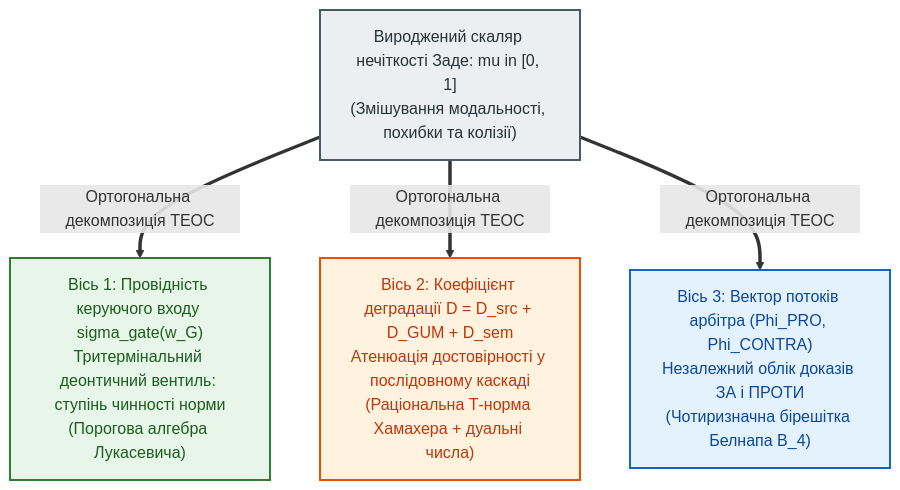
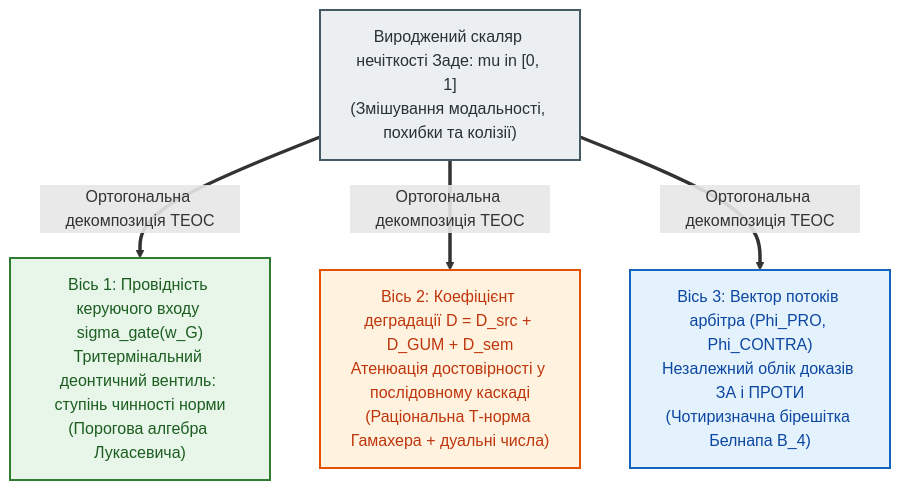
Before and after one commit to nick-fedchik/articles: the diagram in Epistemic_Circuit_Theory/ch04-belnap-bilattice-tnorms-and-dual-metrology.md, drawn with Mermaid. The commit also changed other lines of this file and 9 other files, not shown here.

````diff
--- a/Epistemic_Circuit_Theory/ch04-belnap-bilattice-tnorms-and-dual-metrology.md
+++ b/Epistemic_Circuit_Theory/ch04-belnap-bilattice-tnorms-and-dual-metrology.md
@@ -77,25 +77,25 @@
 ```mermaid
 flowchart TD
     accTitle: Рисунок 4.1. Ортогональне розщеплення скалярної нечіткості Заде на три координати ТЕОС
     accDescr: Одновимірний скаляр нечіткості Заде розкладається на провідність керуючого входу деонтичного вентиля (вісь деонтичної модальності), коефіцієнт деградації тракту (вісь інструментальної та семантичної точності) та двокомпонентний потік диференційного арбітра (вісь параконсистентного балансу за Белнапом).
 
     Fuzzy["Вироджений скаляр нечіткості Заде: mu in [0, 1]\n(Змішування модальності, похибки та колізії)"]
 
     Coord1["Вісь 1: Провідність керуючого входу sigma_gate(w_G)\nТритермінальний деонтичний вентиль: ступінь чинності норми\n(Порогова алгебра Лукасевича)"]
-    Coord2["Вісь 2: Коефіцієнт деградації D = D_src + D_GUM + D_sem\nАтенюація достовірності у послідовному каскаді\n(Раціональна Т-норма Хамахера + дуальні числа)"]
+    Coord2["Вісь 2: Коефіцієнт деградації D = D_src + D_GUM + D_sem\nАтенюація достовірності у послідовному каскаді\n(Раціональна Т-норма Гамахера + дуальні числа)"]
     Coord3["Вісь 3: Вектор потоків арбітра (Phi_PRO, Phi_CONTRA)\nНезалежний облік доказів ЗА і ПРОТИ\n(Чотиризначна бірешітка Белнапа B_4)"]
 
     Fuzzy ==>|"Ортогональна декомпозиція ТЕОС"| Coord1
     Fuzzy ==>|"Ортогональна декомпозиція ТЕОС"| Coord2
     Fuzzy ==>|"Ортогональна декомпозиція ТЕОС"| Coord3
 
     classDef srcStyle fill:#eceff1,stroke:#455a64,stroke-width:2px,color:#263238;
     classDef c1Style fill:#e8f5e9,stroke:#2e7d32,stroke-width:2px,color:#1b5e20;
     classDef c2Style fill:#fff3e0,stroke:#e65100,stroke-width:2px,color:#bf360c;
     classDef c3Style fill:#e3f2fd,stroke:#1565c0,stroke-width:2px,color:#0d47a1;
 
     class Fuzzy srcStyle;
     class Coord1 c1Style;
     class Coord2 c2Style;
     class Coord3 c3Style;
 ```
````
